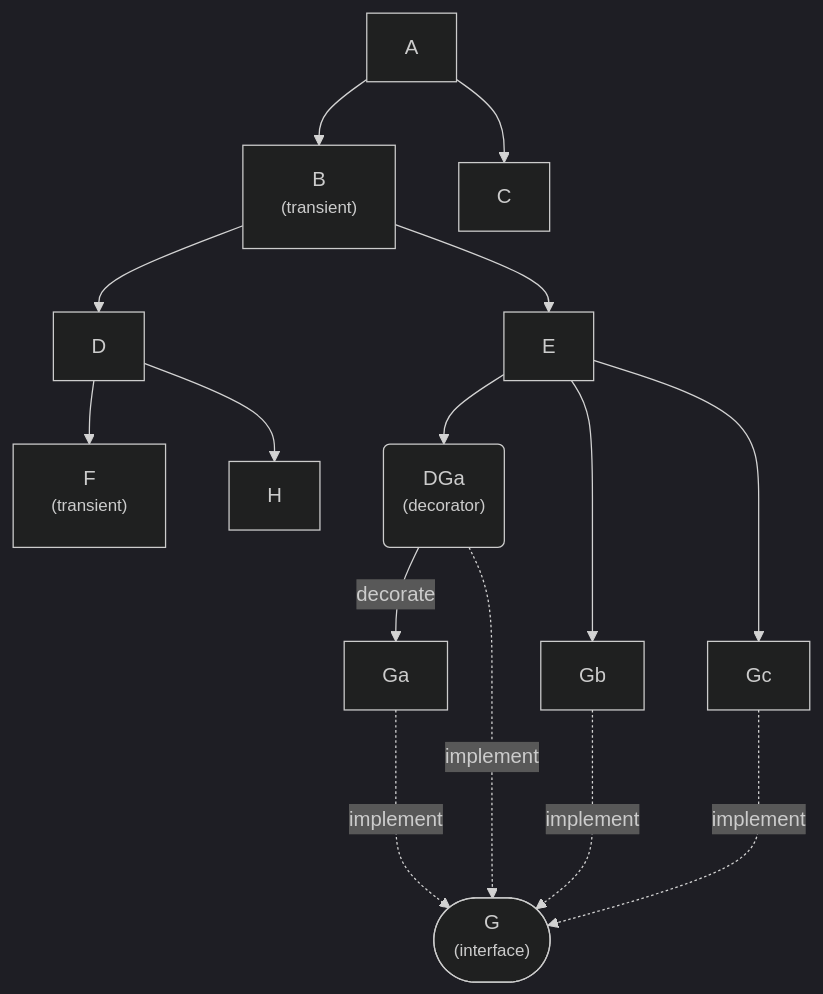
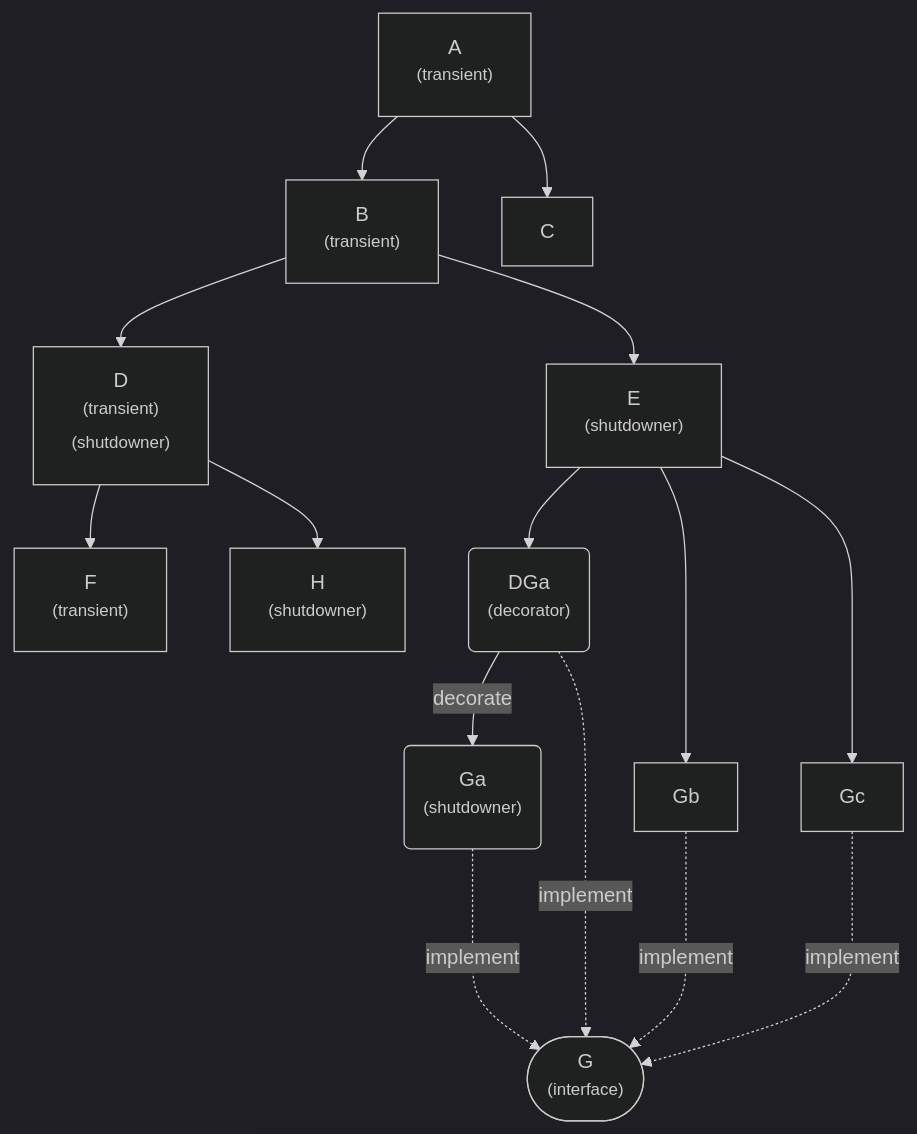
The diagram in try-uberfx/demo1/model.md (duongphuhiep/go-learn), drawn with Mermaid (dark theme) before and after one commit. The commit also changed 9 other files, not shown here.

````diff
--- a/try-uberfx/demo1/model.md
+++ b/try-uberfx/demo1/model.md
@@ -3,22 +3,27 @@
 ```mermaid
 flowchart TD
+A["A<br><sup>(transient)</sup>"]
 B["B<br><sup>(transient)</sup>"]
+D["D<br><sup>(transient)<br>(shutdowner)</sup>"]
+E["E<br><sup>(shutdowner)</sup>"]
 F["F<br><sup>(transient)</sup>"]
 G(["G<br><sup>(interface)</sup>"])
+Ga("Ga<br><sup>(shutdowner)</sup>")
 DGa("DGa<br><sup>(decorator)</sup>")
+H["H<br><sup>(shutdowner)</sup>"]
 
 A-->B
 A-->C
 B-->D
 B-->E
 D-->F
 D-->H
 E-->DGa
 E-->Gb
 E-->Gc
 DGa-->|decorate| Ga
 Ga -.implement..-> G
 Gb -.implement..-> G
 Gc -.implement..-> G
 DGa -.implement..-> G
 ```
````
